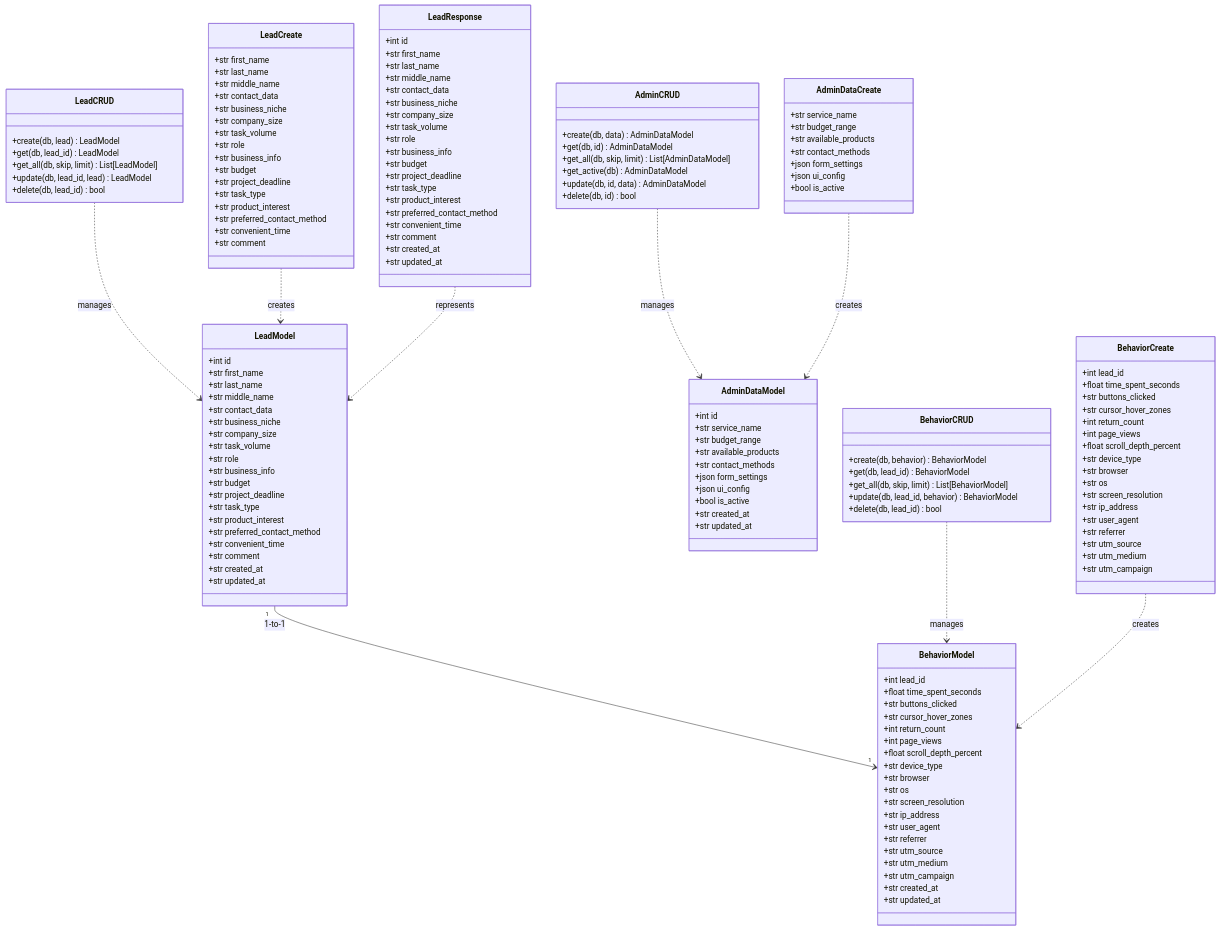
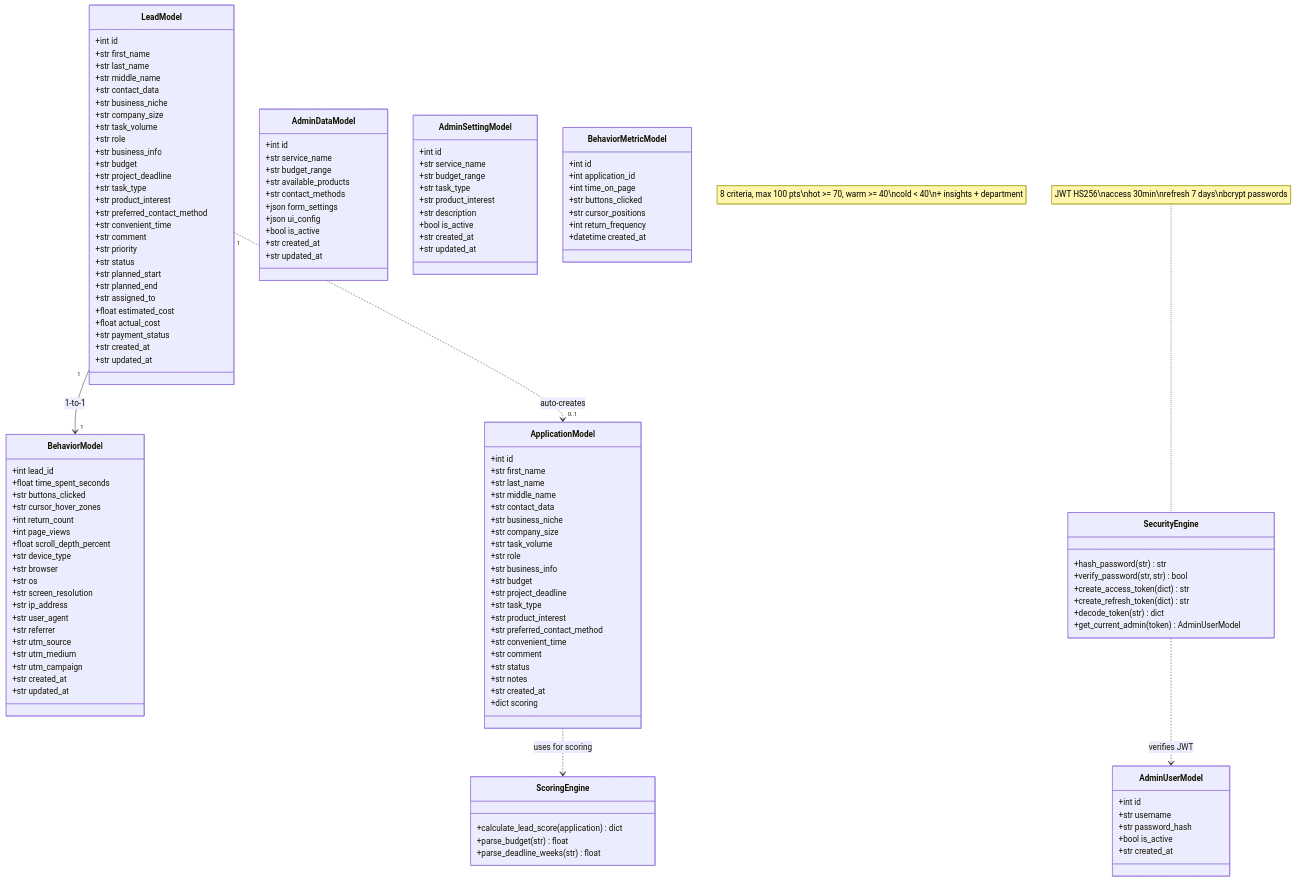
One commit to MatveiV/OrdersCRM changed the diagram in docs/diagrams/uml-class.md. Above: the diagram before and after it, drawn with Mermaid. The commit also changed other lines of this file and 50 other files, not shown here.

First line of the commit message:
feat: production-ready CRM with scoring, behavior metrics, and full admin SPA

````diff
--- a/docs/diagrams/uml-class.md
+++ b/docs/diagrams/uml-class.md
@@ -22,6 +22,14 @@
         +str preferred_contact_method
         +str convenient_time
         +str comment
+        +str priority
+        +str status
+        +str planned_start
+        +str planned_end
+        +str assigned_to
+        +float estimated_cost
+        +float actual_cost
+        +str payment_status
         +str created_at
         +str updated_at
     }
@@ -48,6 +56,14 @@
         +str updated_at
     }
 
+    class AdminUserModel {
+        +int id
+        +str username
+        +str password_hash
+        +bool is_active
+        +str created_at
+    }
+
     class AdminDataModel {
         +int id
         +str service_name
@@ -61,26 +77,19 @@
         +str updated_at
     }
 
-    class LeadCreate {
-        +str first_name
-        +str last_name
-        +str middle_name
-        +str contact_data
-        +str business_niche
-        +str company_size
-        +str task_volume
-        +str role
-        +str business_info
-        +str budget
-        +str project_deadline
+    class AdminSettingModel {
+        +int id
+        +str service_name
+        +str budget_range
         +str task_type
         +str product_interest
-        +str preferred_contact_method
-        +str convenient_time
-        +str comment
+        +str description
+        +bool is_active
+        +str created_at
+        +str updated_at
     }
 
-    class LeadResponse {
+    class ApplicationModel {
         +int id
         +str first_name
         +str last_name
@@ -98,71 +107,42 @@
         +str preferred_contact_method
         +str convenient_time
         +str comment
+        +str status
+        +str notes
         +str created_at
-        +str updated_at
+        +dict scoring
     }
 
-    class BehaviorCreate {
-        +int lead_id
-        +float time_spent_seconds
+    class BehaviorMetricModel {
+        +int id
+        +int application_id
+        +int time_on_page
         +str buttons_clicked
-        +str cursor_hover_zones
-        +int return_count
-        +int page_views
-        +float scroll_depth_percent
-        +str device_type
-        +str browser
-        +str os
-        +str screen_resolution
-        +str ip_address
-        +str user_agent
-        +str referrer
-        +str utm_source
-        +str utm_medium
-        +str utm_campaign
+        +str cursor_positions
+        +int return_frequency
+        +datetime created_at
     }
 
-    class AdminDataCreate {
-        +str service_name
-        +str budget_range
-        +str available_products
-        +str contact_methods
-        +json form_settings
-        +json ui_config
-        +bool is_active
+    class ScoringEngine {
+        +calculate_lead_score(application) dict
+        +parse_budget(str) float
+        +parse_deadline_weeks(str) float
     }
 
-    class LeadCRUD {
-        +create(db, lead) LeadModel
-        +get(db, lead_id) LeadModel
-        +get_all(db, skip, limit) List[LeadModel]
-        +update(db, lead_id, lead) LeadModel
-        +delete(db, lead_id) bool
-    }
-
-    class BehaviorCRUD {
-        +create(db, behavior) BehaviorModel
-        +get(db, lead_id) BehaviorModel
-        +get_all(db, skip, limit) List[BehaviorModel]
-        +update(db, lead_id, behavior) BehaviorModel
-        +delete(db, lead_id) bool
-    }
-
-    class AdminCRUD {
-        +create(db, data) AdminDataModel
-        +get(db, id) AdminDataModel
-        +get_all(db, skip, limit) List[AdminDataModel]
-        +get_active(db) AdminDataModel
-        +update(db, id, data) AdminDataModel
-        +delete(db, id) bool
+    class SecurityEngine {
+        +hash_password(str) str
+        +verify_password(str, str) bool
+        +create_access_token(dict) str
+        +create_refresh_token(dict) str
+        +decode_token(str) dict
+        +get_current_admin(token) AdminUserModel
     }
 
     LeadModel "1" --> "1" BehaviorModel : 1-to-1
-    LeadCRUD ..> LeadModel : manages
-    BehaviorCRUD ..> BehaviorModel : manages
-    AdminCRUD ..> AdminDataModel : manages
-    LeadCreate ..> LeadModel : creates
-    LeadResponse ..> LeadModel : represents
-    BehaviorCreate ..> BehaviorModel : creates
-    AdminDataCreate ..> AdminDataModel : creates
+    LeadModel "1" ..> "0..1" ApplicationModel : auto-creates
+    ApplicationModel ..> ScoringEngine : uses for scoring
+    SecurityEngine ..> AdminUserModel : verifies JWT
+
+    note for ScorigngEngine "8 criteria, max 100 pts\nhot >= 70, warm >= 40\ncold < 40\n+ insights + department"
+    note for SecurityEngine "JWT HS256\naccess 30min\nrefresh 7 days\nbcrypt passwords"
 ```
````
